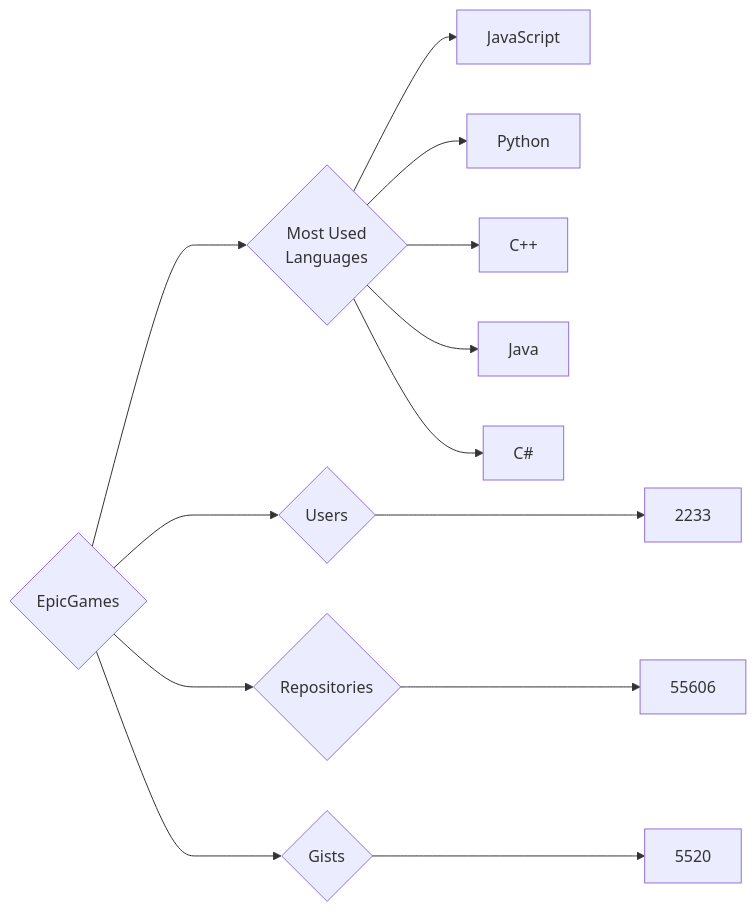
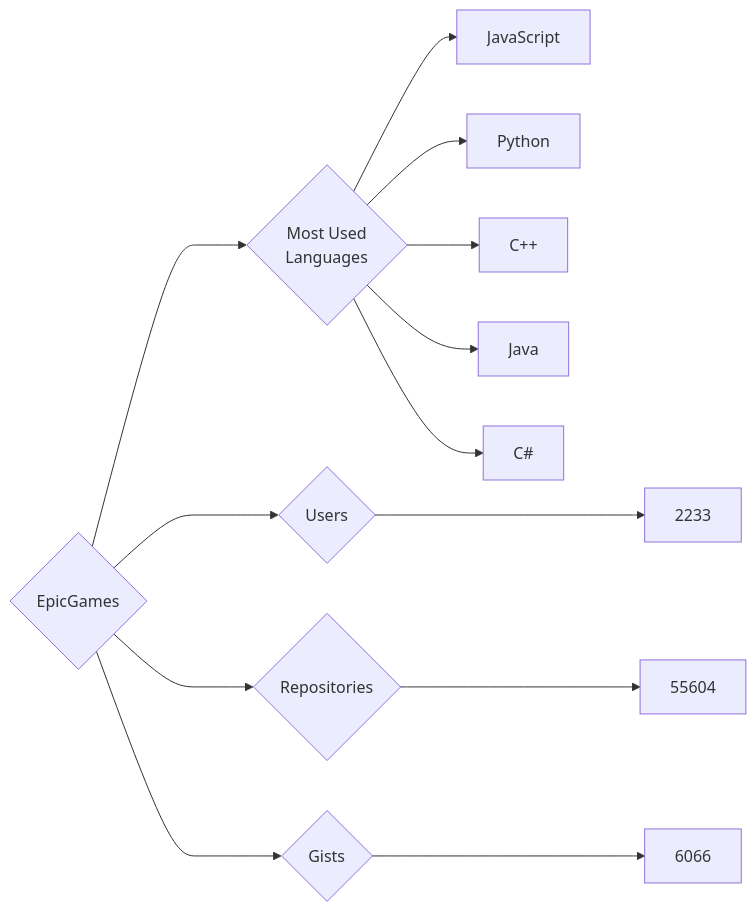
One commit to trickest/insiders changed the diagram in targets/EpicGames/README.md. Above: the diagram before and after it, drawn with Mermaid. The commit also changed 928 other files, not shown here.

````diff
--- a/targets/EpicGames/README.md
+++ b/targets/EpicGames/README.md
@@ -3,13 +3,13 @@
 ```mermaid
 graph LR
 COMPANY_NAME{EpicGames}
 COMPANY_NAME ---> U{Users} ---> UN[2233]
-COMPANY_NAME ---> R{Repositories} ---> RN[55606]
-COMPANY_NAME ---> G{Gists} ---> GN[5520]
+COMPANY_NAME ---> R{Repositories} ---> RN[55604]
+COMPANY_NAME ---> G{Gists} ---> GN[6066]
 COMPANY_NAME ---> ML{Most Used<br>Languages}
 ML --> JavaScript[JavaScript]
 ML --> Python[Python]
 ML --> C++[C++]
 ML --> Java[Java]
 ML --> C#[C#]
 ```
````
